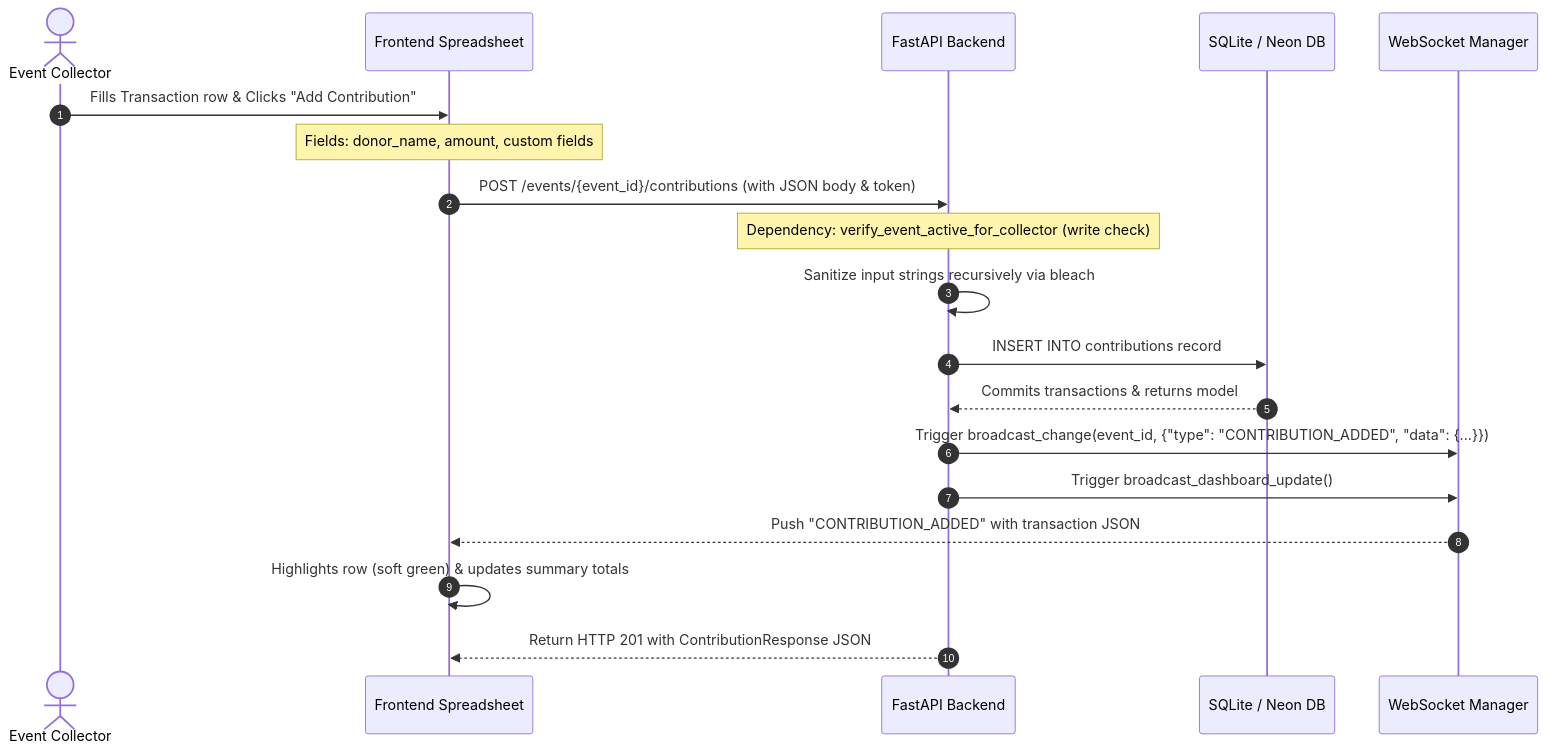
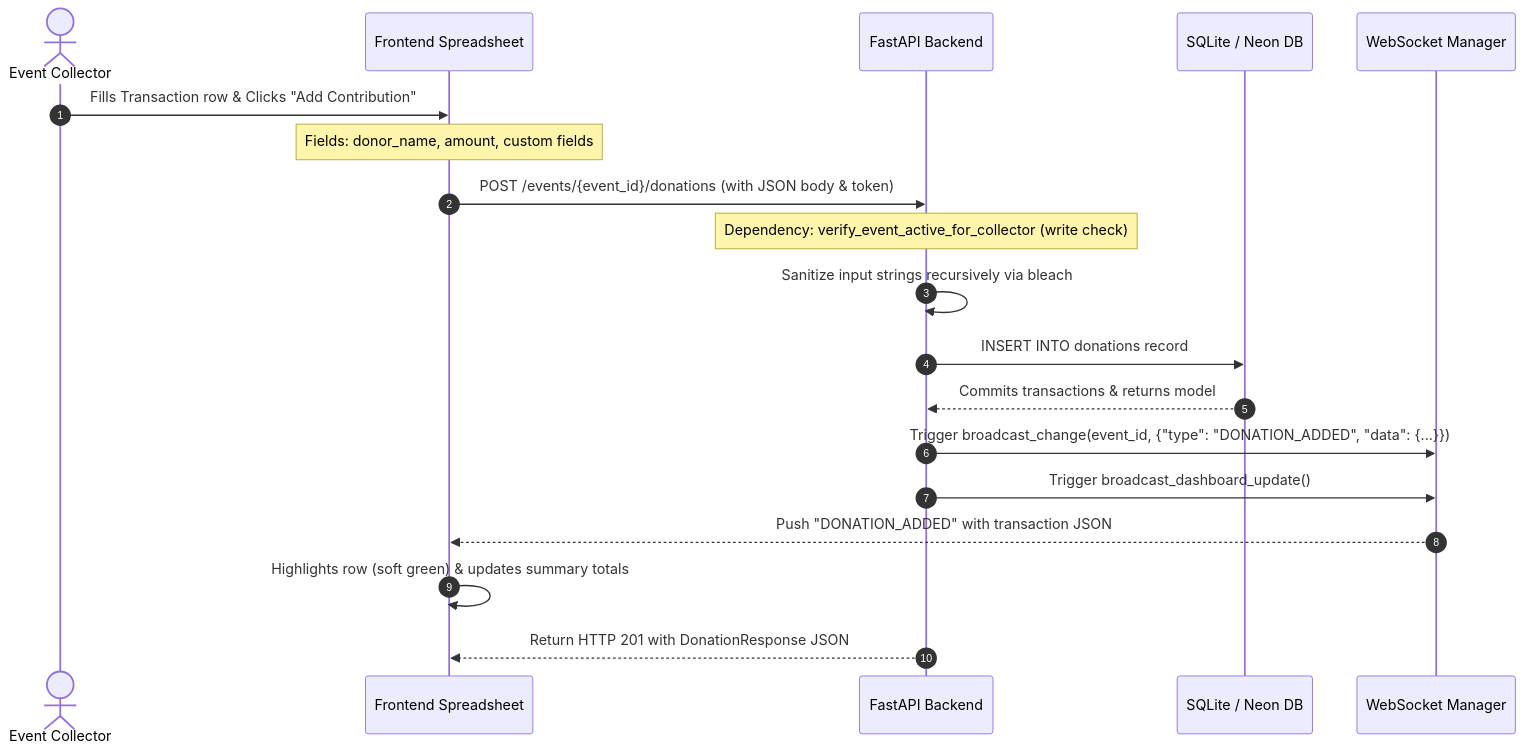
Before and after one commit to mohanreddybodha/Notepay: the diagram in docs/workflows/contribution.md, drawn with Mermaid. The commit also changed other lines of this file and 9 other files, not shown here.

````diff
--- a/docs/workflows/contribution.md
+++ b/docs/workflows/contribution.md
@@ -22,22 +22,22 @@
 ```mermaid
 sequenceDiagram
     autonumber
     actor Collector as Event Collector
     participant FE as Frontend Spreadsheet
     participant API as FastAPI Backend
     participant DB as SQLite / Neon DB
     participant WS as WebSocket Manager
 
     Collector->>FE: Fills Transaction row & Clicks "Add Contribution"
     Note over FE: Fields: donor_name, amount, custom fields
-    FE->>API: POST /events/{event_id}/contributions (with JSON body & token)
+    FE->>API: POST /events/{event_id}/donations (with JSON body & token)
     Note over API: Dependency: verify_event_active_for_collector (write check)
     API->>API: Sanitize input strings recursively via bleach
-    API->>DB: INSERT INTO contributions record
+    API->>DB: INSERT INTO donations record
     DB-->>API: Commits transactions & returns model
-    API->>WS: Trigger broadcast_change(event_id, {"type": "CONTRIBUTION_ADDED", "data": {...}})
+    API->>WS: Trigger broadcast_change(event_id, {"type": "DONATION_ADDED", "data": {...}})
     API->>WS: Trigger broadcast_dashboard_update()
-    WS-->>FE: Push "CONTRIBUTION_ADDED" with transaction JSON
+    WS-->>FE: Push "DONATION_ADDED" with transaction JSON
     FE->>FE: Highlights row (soft green) & updates summary totals
-    API-->>FE: Return HTTP 201 with ContributionResponse JSON
+    API-->>FE: Return HTTP 201 with DonationResponse JSON
 ```
````
